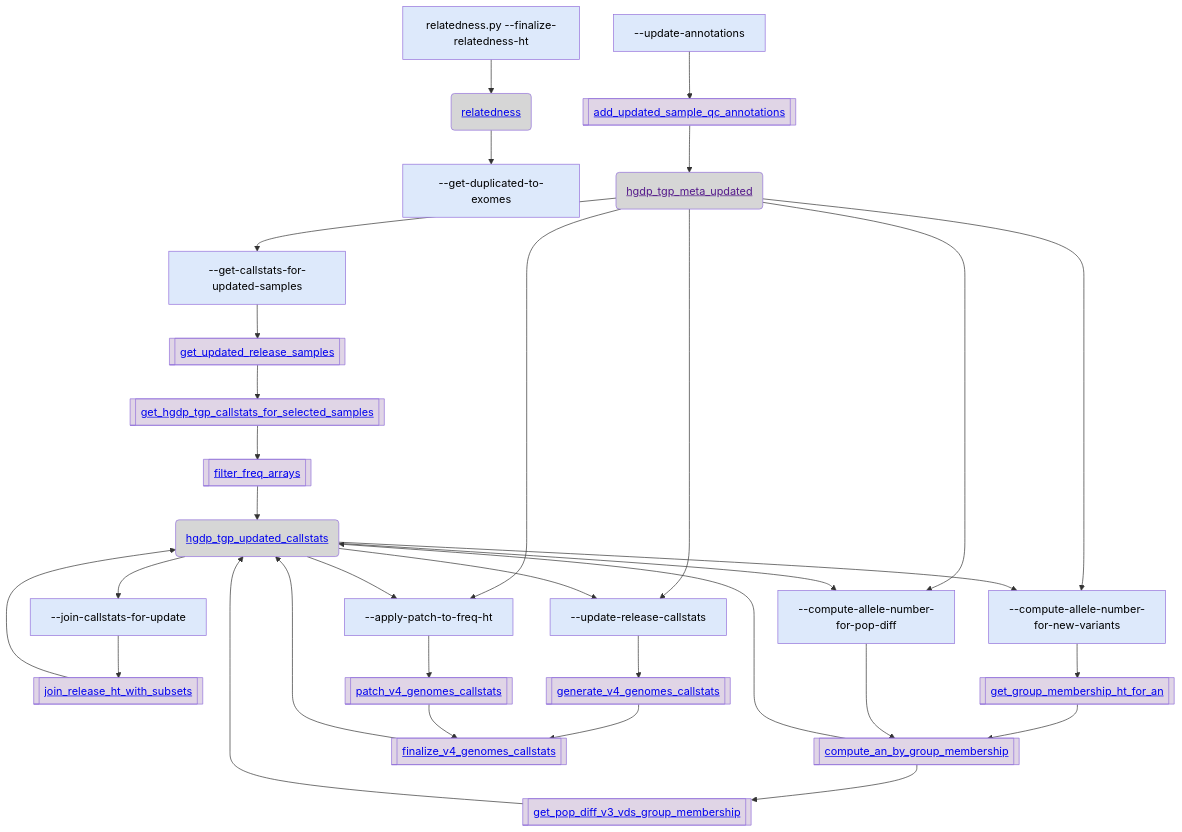
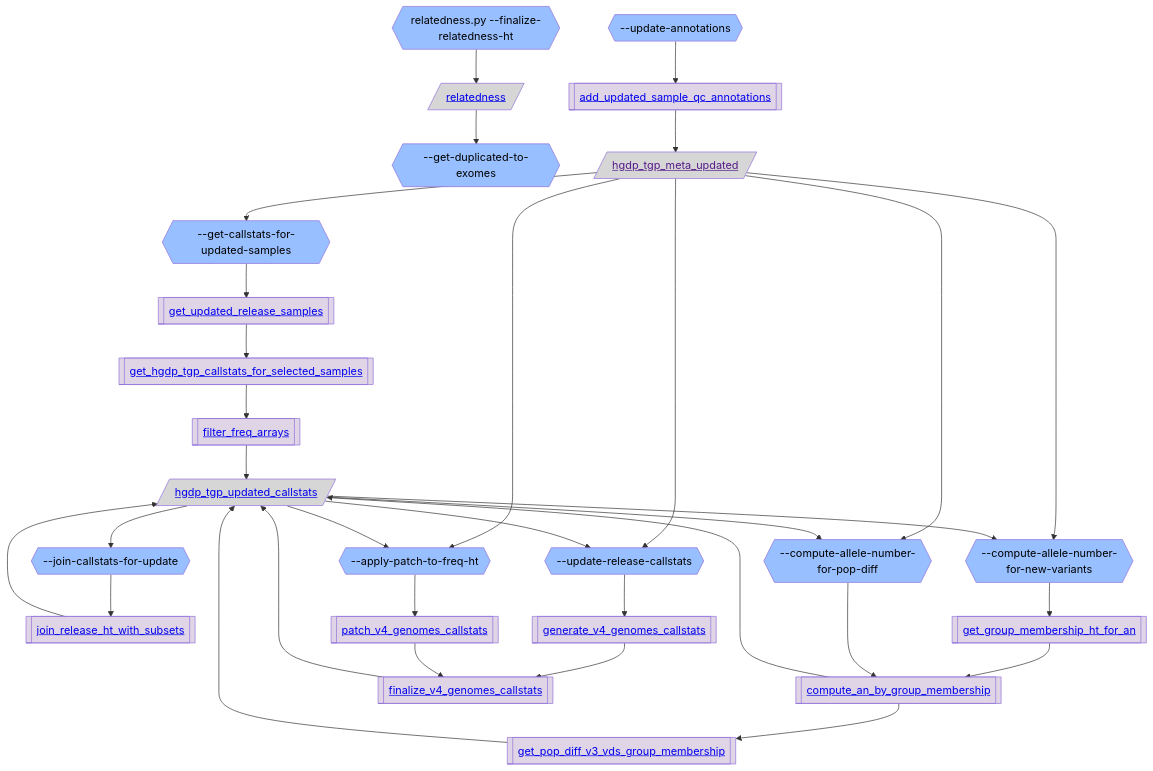
The fourth of 5 diagrams in gnomad_qc/v4/annotations/README.md (broadinstitute/gnomad_qc), drawn with Mermaid before and after one commit. The commit also changed other lines of this file and 4 other files, not shown here.

````diff
--- a/gnomad_qc/v4/annotations/README.md
+++ b/gnomad_qc/v4/annotations/README.md
@@ -201,65 +201,65 @@
 ```mermaid
 flowchart TB;
   classDef script_color fill:#2C5D4A,color:#000000
-  classDef step_color fill:#DDE9FB,color:#000000
+  classDef step_color fill:#98BFFF,color:#000000
   classDef func_color fill:#E0D5E6,color:#000000
   classDef gnomad_methods_color fill:#F9F2CE,color:#000000
   classDef hail_color fill:#FAEACE,color:#000000
   classDef resource_color fill:#D6D6D6,color:#000000
   classDef validity_check_color fill:#2C5D4A,color:#000000
 
-  step_finalize_relatedness_ht["relatedness.py --finalize-relatedness-ht"]:::step_color;
-  resource_relatedness("<a href='https://github.com/broadinstitute/gnomad_qc/tree/main/gnomad_qc/v4/resources/sample_qc.py#L473'>relatedness</a>"):::resource_color;
-  step_get_duplicated_to_exomes["--get-duplicated-to-exomes"]:::step_color;
-  step_update_annotations["--update-annotations"]:::step_color;
+  step_finalize_relatedness_ht{{"relatedness.py --finalize-relatedness-ht"}}:::step_color;
+  resource_relatedness[/"<a href='https://github.com/broadinstitute/gnomad_qc/tree/main/gnomad_qc/v4/resources/sample_qc.py#L473'>relatedness</a>"/]:::resource_color;
+  step_get_duplicated_to_exomes{{"--get-duplicated-to-exomes"}}:::step_color;
+  step_update_annotations{{"--update-annotations"}}:::step_color;
   func_add_updated_sample_qc_annotations[["<a href='https://github.com/broadinstitute/gnomad_qc/tree/main/gnomad_qc/v4/annotations/generate_freq_genomes.py#L253'>add_updated_sample_qc_annotations</a>"]]:::func_color;
-  resource_hgdp_tgp_meta_updated("<a href=''>hgdp_tgp_meta_updated</a>"):::resource_color;
-  step_get_callstats_for_updated_samples["--get-callstats-for-updated-samples"]:::step_color;
+  resource_hgdp_tgp_meta_updated[/"<a href=''>hgdp_tgp_meta_updated</a>"/]:::resource_color;
+  step_get_callstats_for_updated_samples{{"--get-callstats-for-updated-samples"}}:::step_color;
   func_get_updated_release_samples[["<a href='https://github.com/broadinstitute/gnomad_qc/tree/main/gnomad_qc/v4/annotations/generate_freq_genomes.py#L398'>get_updated_release_samples</a>"]]:::func_color;
   func_get_hgdp_tgp_callstats_for_selected_samples[["<a href='https://github.com/broadinstitute/gnomad_qc/tree/main/gnomad_qc/v4/annotations/generate_freq_genomes.py#L518'>get_hgdp_tgp_callstats_for_selected_samples</a>"]]:::func_color;
   func_filter_freq_arrays[["<a href='https://github.com/broadinstitute/gnomad_qc/tree/main/gnomad_qc/v4/annotations/generate_freq_genomes.py#L566'>filter_freq_arrays</a>"]]:::func_color;
-  resource_hgdp_tgp_updated_callstats("<a href='https://github.com/broadinstitute/gnomad_qc/tree/main/gnomad_qc/v4/resources/annotations.py#L441'>hgdp_tgp_updated_callstats</a>"):::resource_color;
-  step_join_callstats_for_update["--join-callstats-for-update"]:::step_color;
+  resource_hgdp_tgp_updated_callstats[/"<a href='https://github.com/broadinstitute/gnomad_qc/tree/main/gnomad_qc/v4/resources/annotations.py#L441'>hgdp_tgp_updated_callstats</a>"/]:::resource_color;
+  step_join_callstats_for_update{{"--join-callstats-for-update"}}:::step_color;
   func_join_release_ht_with_subsets[["<a href='https://github.com/broadinstitute/gnomad_qc/tree/main/gnomad_qc/v4/annotations/generate_freq_genomes.py#L652'>join_release_ht_with_subsets</a>"]]:::func_color;
-  step_compute_allele_number_for_new_variants["--compute-allele-number-for-new-variants"]:::step_color;
+  step_compute_allele_number_for_new_variants{{"--compute-allele-number-for-new-variants"}}:::step_color;
   func_get_group_membership_ht_for_an[["<a href='https://github.com/broadinstitute/gnomad_qc/tree/main/gnomad_qc/v4/annotations/generate_freq_genomes.py#L688'>get_group_membership_ht_for_an</a>"]]:::func_color;
   func_compute_an_by_group_membership[["<a href='https://github.com/broadinstitute/gnomad_qc/tree/main/gnomad_qc/v4/annotations/generate_freq_genomes.py#L814'>compute_an_by_group_membership</a>"]]:::func_color;
-  step_update_release_callstats["--update-release-callstats"]:::step_color;
+  step_update_release_callstats{{"--update-release-callstats"}}:::step_color;
   func_generate_v4_genomes_callstats[["<a href='https://github.com/broadinstitute/gnomad_qc/tree/main/gnomad_qc/v4/annotations/generate_freq_genomes.py#L948'>generate_v4_genomes_callstats</a>"]]:::func_color;
   func_finalize_v4_genomes_callstats[["<a href='https://github.com/broadinstitute/gnomad_qc/tree/main/gnomad_qc/v4/annotations/generate_freq_genomes.py#L1046'>finalize_v4_genomes_callstats</a>"]]:::func_color;
-  step_compute_allele_number_for_pop_diff["--compute-allele-number-for-pop-diff"]:::step_color;
+  step_compute_allele_number_for_pop_diff{{"--compute-allele-number-for-pop-diff"}}:::step_color;
   func_get_pop_diff_v3_vds_group_membership[["<a href='https://github.com/broadinstitute/gnomad_qc/tree/main/gnomad_qc/v4/annotations/generate_freq_genomes.py#L1221'>get_pop_diff_v3_vds_group_membership</a>"]]:::func_color;
-  step_apply_patch_to_freq_ht["--apply-patch-to-freq-ht"]:::step_color;
+  step_apply_patch_to_freq_ht{{"--apply-patch-to-freq-ht"}}:::step_color;
   func_patch_v4_genomes_callstats[["<a href='https://github.com/broadinstitute/gnomad_qc/tree/main/gnomad_qc/v4/annotations/generate_freq_genomes.py#L1259'>patch_v4_genomes_callstats</a>"]]:::func_color;
   step_finalize_relatedness_ht --> resource_relatedness;
   resource_relatedness --> step_get_duplicated_to_exomes;
   step_update_annotations --> func_add_updated_sample_qc_annotations;
   func_add_updated_sample_qc_annotations --> resource_hgdp_tgp_meta_updated;
   resource_hgdp_tgp_meta_updated --> step_get_callstats_for_updated_samples;
   step_get_callstats_for_updated_samples --> func_get_updated_release_samples;
   func_get_updated_release_samples --> func_get_hgdp_tgp_callstats_for_selected_samples;
   func_get_hgdp_tgp_callstats_for_selected_samples --> func_filter_freq_arrays;
   func_filter_freq_arrays --> resource_hgdp_tgp_updated_callstats;
   resource_hgdp_tgp_updated_callstats --> step_join_callstats_for_update;
   step_join_callstats_for_update --> func_join_release_ht_with_subsets;
   resource_hgdp_tgp_meta_updated --> step_compute_allele_number_for_new_variants;
   step_compute_allele_number_for_new_variants --> func_get_group_membership_ht_for_an;
   func_get_group_membership_ht_for_an --> func_compute_an_by_group_membership;
   func_join_release_ht_with_subsets --> resource_hgdp_tgp_updated_callstats;
   resource_hgdp_tgp_updated_callstats --> step_compute_allele_number_for_new_variants;
   resource_hgdp_tgp_meta_updated --> step_update_release_callstats;
   step_update_release_callstats --> func_generate_v4_genomes_callstats;
   func_generate_v4_genomes_callstats --> func_finalize_v4_genomes_callstats;
   resource_hgdp_tgp_updated_callstats --> step_update_release_callstats;
   func_compute_an_by_group_membership --> resource_hgdp_tgp_updated_callstats;
   step_compute_allele_number_for_pop_diff --> func_compute_an_by_group_membership;
   func_compute_an_by_group_membership --> func_get_pop_diff_v3_vds_group_membership;
   func_get_pop_diff_v3_vds_group_membership --> resource_hgdp_tgp_updated_callstats;
   resource_hgdp_tgp_meta_updated --> step_apply_patch_to_freq_ht;
   step_apply_patch_to_freq_ht --> func_patch_v4_genomes_callstats;
   func_patch_v4_genomes_callstats --> func_finalize_v4_genomes_callstats;
   func_finalize_v4_genomes_callstats --> resource_hgdp_tgp_updated_callstats;
   resource_hgdp_tgp_updated_callstats --> step_apply_patch_to_freq_ht;
   resource_hgdp_tgp_meta_updated --> step_compute_allele_number_for_pop_diff;
   resource_hgdp_tgp_updated_callstats --> step_compute_allele_number_for_pop_diff;
 ```
````
